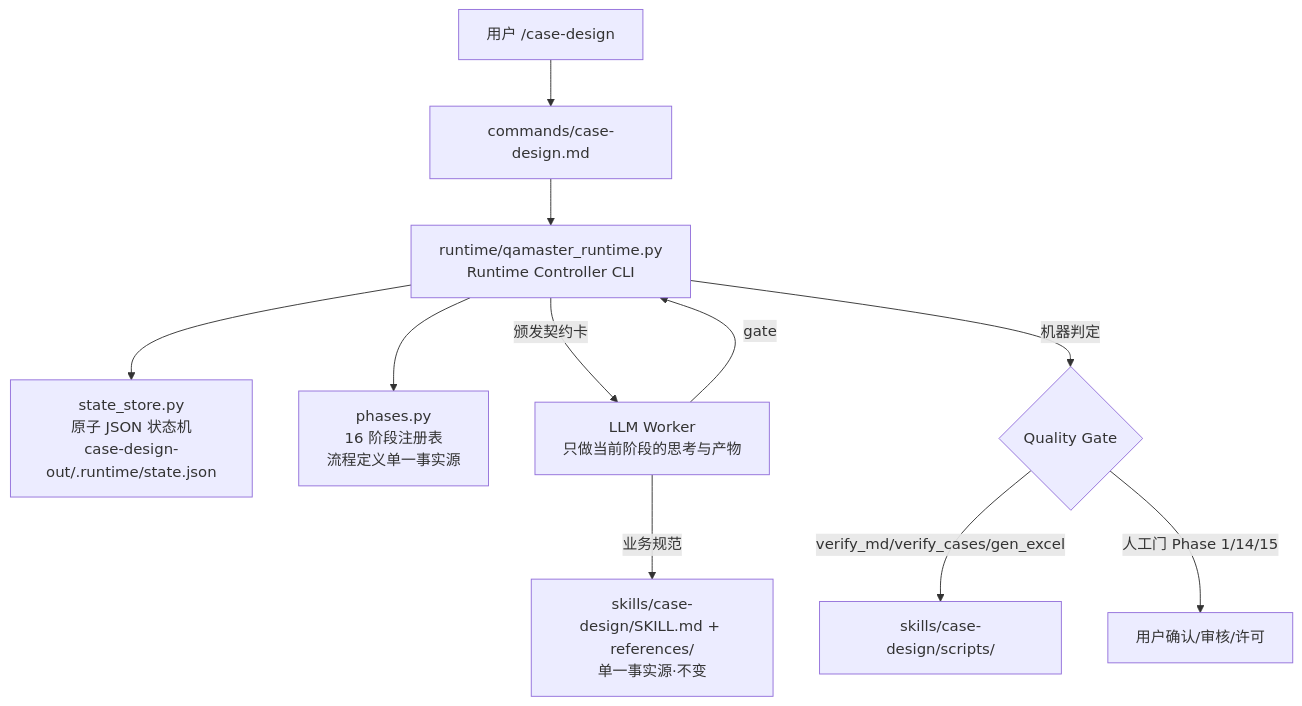
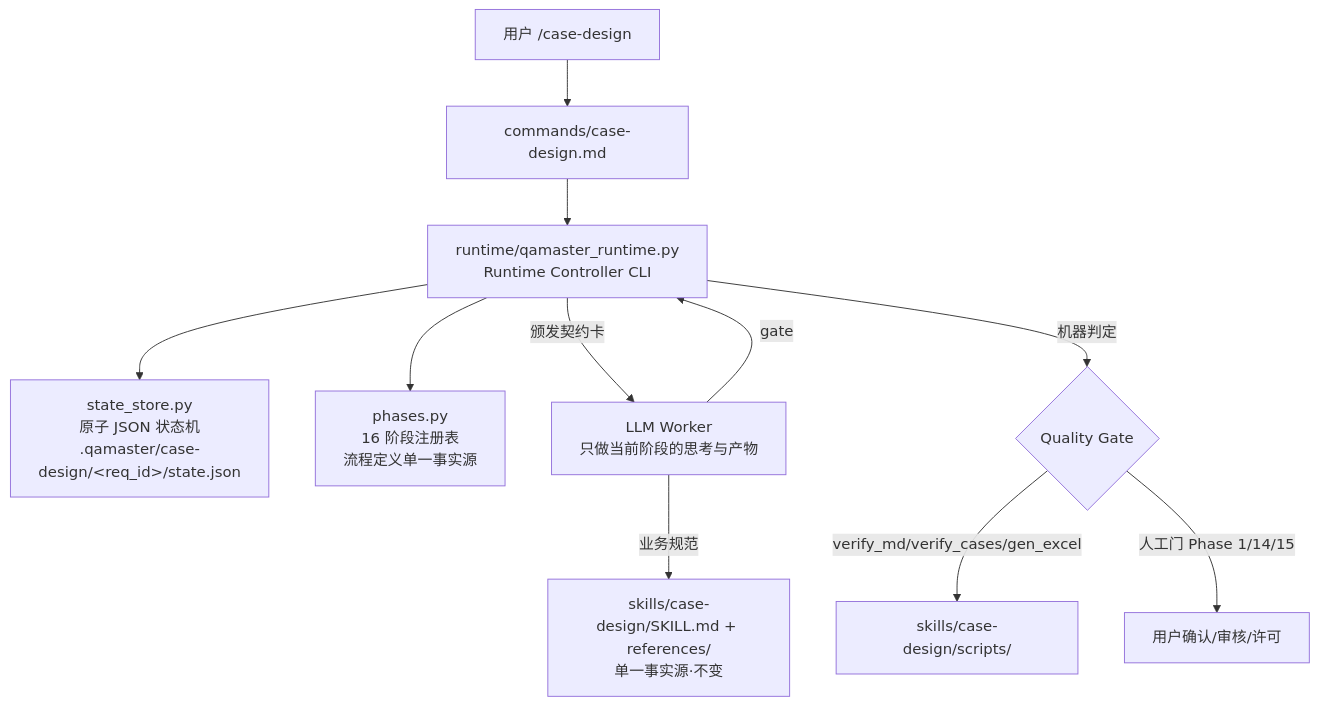
Before and after one commit to xiaozhi86/qamaster: the third of 3 diagrams in README.md, drawn with Mermaid. The commit also changed other lines of this file and 25 other files, not shown here.

````diff
--- a/README.md
+++ b/README.md
@@ -172,13 +176,13 @@
 ```mermaid
 flowchart TD
     U[用户 /case-design] --> CMD[commands/case-design.md]
     CMD --> RT[runtime/qamaster_runtime.py<br/>Runtime Controller CLI]
-    RT --> SM[state_store.py<br/>原子 JSON 状态机<br/>case-design-out/.runtime/state.json]
+    RT --> SM[state_store.py<br/>原子 JSON 状态机<br/>.qamaster/case-design/&lt;req_id&gt;/state.json]
     RT --> PH[phases.py<br/>16 阶段注册表<br/>流程定义单一事实源]
     RT -->|颁发契约卡| LLM[LLM Worker<br/>只做当前阶段的思考与产物]
     LLM -->|gate| RT
     RT -->|机器判定| GATE{Quality Gate}
     GATE -->|verify_md/verify_cases/gen_excel| SCR[skills/case-design/scripts/]
     GATE -->|人工门 Phase 1/14/15| USER[用户确认/审核/许可]
     LLM -->|业务规范| SK[skills/case-design/SKILL.md + references/<br/>单一事实源·不变]
 ```
````
